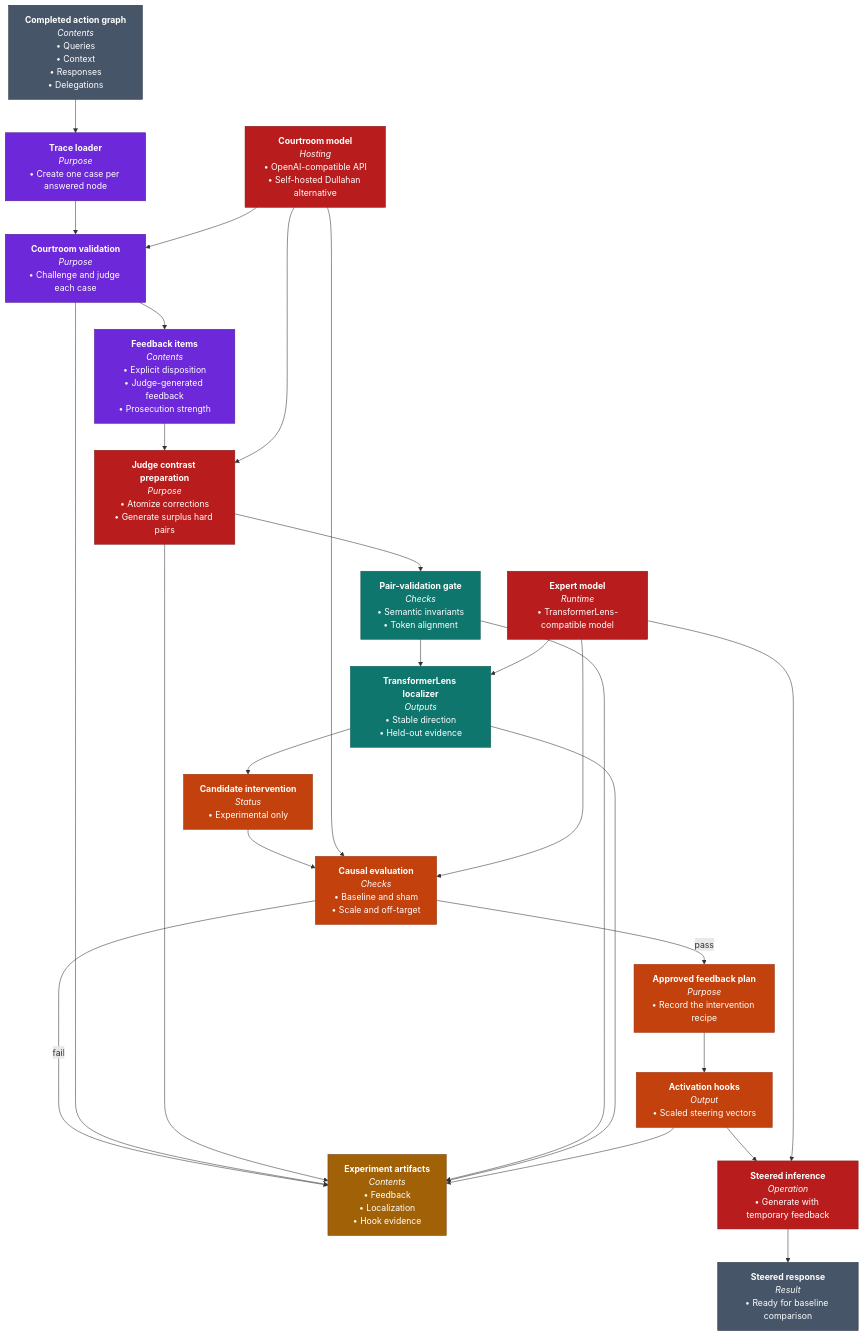
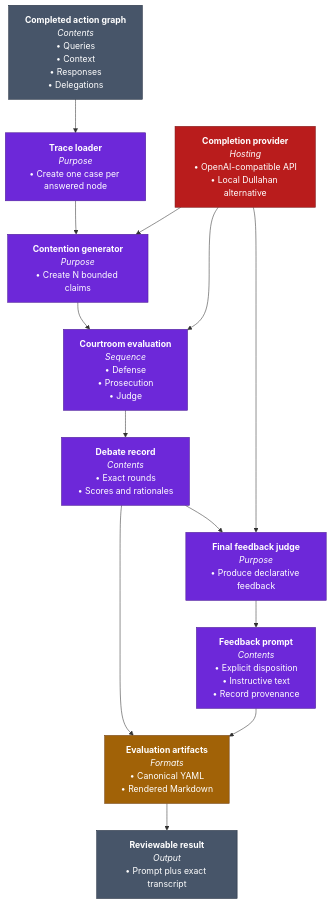
The first of 3 diagrams in README.md (ForestDweller014/Specter), drawn with Mermaid before and after one commit. The commit also changed other lines of this file and 140 other files, not shown here.

First line of the commit message:
refactor: Simplify courtroom evaluation

````diff
--- a/README.md
+++ b/README.md
@@ -219,44 +176,26 @@
 ```mermaid
 flowchart TD
     Trace["<b>Completed action graph</b><br/><i>Contents</i><br/>• Queries<br/>• Context<br/>• Responses<br/>• Delegations"] --> Loader["<b>Trace loader</b><br/><i>Purpose</i><br/>• Create one case per answered node"]
-    Loader --> Courtroom["<b>Courtroom validation</b><br/><i>Purpose</i><br/>• Challenge and judge each case"]
-    Courtroom --> Feedback["<b>Feedback items</b><br/><i>Contents</i><br/>• Explicit disposition<br/>• Judge-generated feedback<br/>• Prosecution strength"]
-    Feedback --> Contrast["<b>Judge contrast preparation</b><br/><i>Purpose</i><br/>• Atomize corrections<br/>• Generate surplus hard pairs"]
-    Contrast --> PairGate["<b>Pair-validation gate</b><br/><i>Checks</i><br/>• Semantic invariants<br/>• Token alignment"]
-    PairGate --> Localization["<b>TransformerLens localizer</b><br/><i>Outputs</i><br/>• Stable direction<br/>• Held-out evidence"]
-    Localization --> Candidate["<b>Candidate intervention</b><br/><i>Status</i><br/>• Experimental only"]
-    Candidate --> Causal["<b>Causal evaluation</b><br/><i>Checks</i><br/>• Baseline and sham<br/>• Scale and off-target"]
-    Causal -->|"pass"| Plan["<b>Approved feedback plan</b><br/><i>Purpose</i><br/>• Record the intervention recipe"]
-    Causal -->|"fail"| Evidence
-    Plan --> Hooks["<b>Activation hooks</b><br/><i>Output</i><br/>• Scaled steering vectors"]
-    Hooks --> Rerun["<b>Steered inference</b><br/><i>Operation</i><br/>• Generate with temporary feedback"]
+    Loader --> Generate["<b>Contention generator</b><br/><i>Purpose</i><br/>• Create N bounded claims"]
+    Generate --> Courtroom["<b>Courtroom evaluation</b><br/><i>Sequence</i><br/>• Defense<br/>• Prosecution<br/>• Judge"]
+    Courtroom --> Record["<b>Debate record</b><br/><i>Contents</i><br/>• Exact rounds<br/>• Scores and rationales"]
+    Record --> FinalJudge["<b>Final feedback judge</b><br/><i>Purpose</i><br/>• Produce declarative feedback"]
+    FinalJudge --> Prompt["<b>Feedback prompt</b><br/><i>Contents</i><br/>• Explicit disposition<br/>• Instructive text<br/>• Record provenance"]
+    Record --> Evidence["<b>Evaluation artifacts</b><br/><i>Formats</i><br/>• Canonical YAML<br/>• Rendered Markdown"]
+    Prompt --> Evidence
 
-    CourtroomModel["<b>Courtroom model</b><br/><i>Hosting</i><br/>• OpenAI-compatible API<br/>• Self-hosted Dullahan alternative"] --> Courtroom
-    CourtroomModel --> Contrast
-    CourtroomModel --> Causal
-    ExpertModel["<b>Expert model</b><br/><i>Runtime</i><br/>• TransformerLens-compatible model"] --> Localization
-    ExpertModel --> Causal
-    ExpertModel --> Rerun
-
-    Courtroom --> Evidence["<b>Experiment artifacts</b><br/><i>Contents</i><br/>• Feedback<br/>• Localization<br/>• Hook evidence"]
-    Contrast --> Evidence
-    PairGate --> Evidence
-    Localization --> Evidence
-    Hooks --> Evidence
-    Rerun --> Result["<b>Steered response</b><br/><i>Result</i><br/>• Ready for baseline comparison"]
+    Provider["<b>Completion provider</b><br/><i>Hosting</i><br/>• OpenAI-compatible API<br/>• Local Dullahan alternative"] --> Generate
+    Provider --> Courtroom
+    Provider --> FinalJudge
+    Evidence --> Result["<b>Reviewable result</b><br/><i>Output</i><br/>• Prompt plus exact transcript"]
 
     class Trace,Result external
-    class Loader,Courtroom,Feedback validation
-    class PairGate,Localization teal
-    class Candidate,Causal,Plan,Hooks application
-    class Contrast inference
-    class CourtroomModel,ExpertModel,Rerun inference
+    class Loader,Generate,Courtroom,Record,FinalJudge,Prompt validation
+    class Provider inference
     class Evidence memory
 
     classDef external fill:#475569,stroke:#1E293B,color:#FFFFFF
     classDef validation fill:#6D28D9,stroke:#4C1D95,color:#FFFFFF
-    classDef teal fill:#0F766E,stroke:#115E59,color:#FFFFFF
-    classDef application fill:#C2410C,stroke:#9A3412,color:#FFFFFF
     classDef inference fill:#B91C1C,stroke:#7F1D1D,color:#FFFFFF
     classDef memory fill:#A16207,stroke:#713F12,color:#FFFFFF
 ```
````
